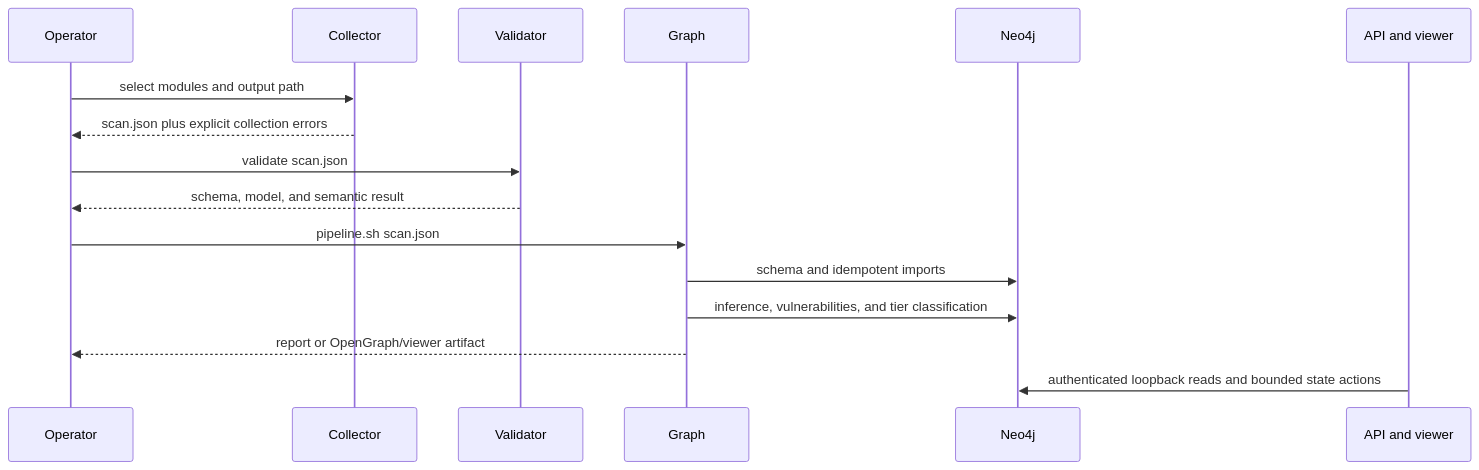
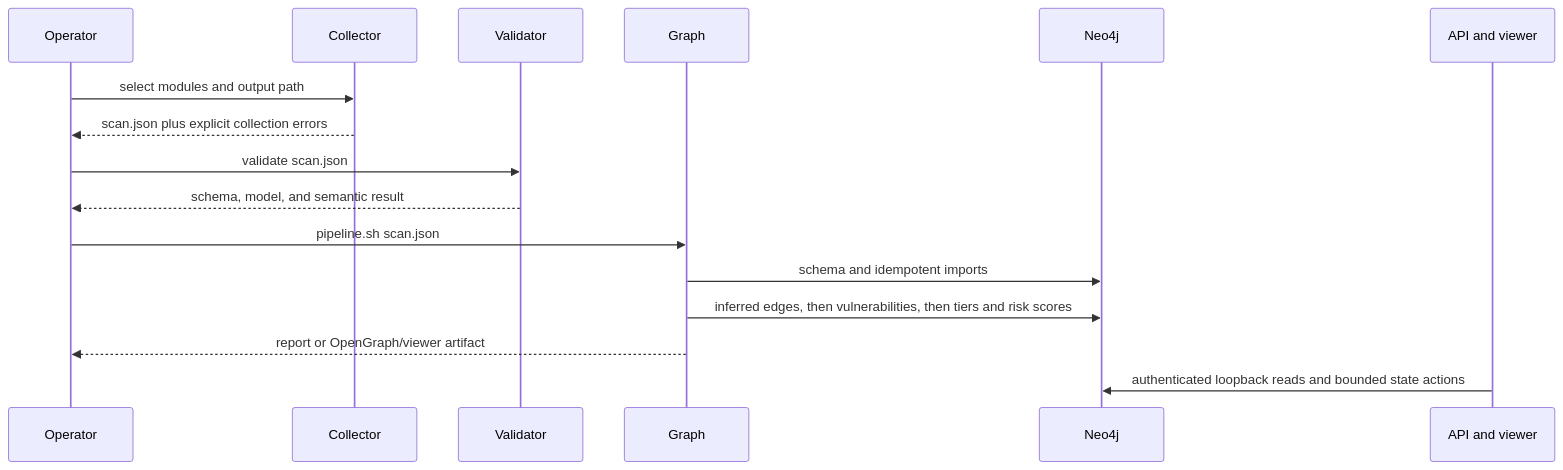
One commit to sebastianspicker/rootstock-macos changed the second of 2 diagrams in docs/ARCHITECTURE.md. Above: the diagram before and after it, drawn with Mermaid. The commit also changed other lines of this file and 73 other files, not shown here.

````diff
--- a/docs/ARCHITECTURE.md
+++ b/docs/ARCHITECTURE.md
@@ -47,19 +47,19 @@
 ```mermaid
 sequenceDiagram
     participant Operator
     participant Collector
     participant Validator
     participant Graph
     participant Neo4j
     participant APIViewer as API and viewer
 
     Operator->>Collector: select modules and output path
     Collector-->>Operator: scan.json plus explicit collection errors
     Operator->>Validator: validate scan.json
     Validator-->>Operator: schema, model, and semantic result
     Operator->>Graph: pipeline.sh scan.json
     Graph->>Neo4j: schema and idempotent imports
-    Graph->>Neo4j: inference, vulnerabilities, and tier classification
+    Graph->>Neo4j: inferred edges, then vulnerabilities, then tiers and risk scores
     Graph-->>Operator: report or OpenGraph/viewer artifact
     APIViewer->>Neo4j: authenticated loopback reads and bounded state actions
 ```
````
